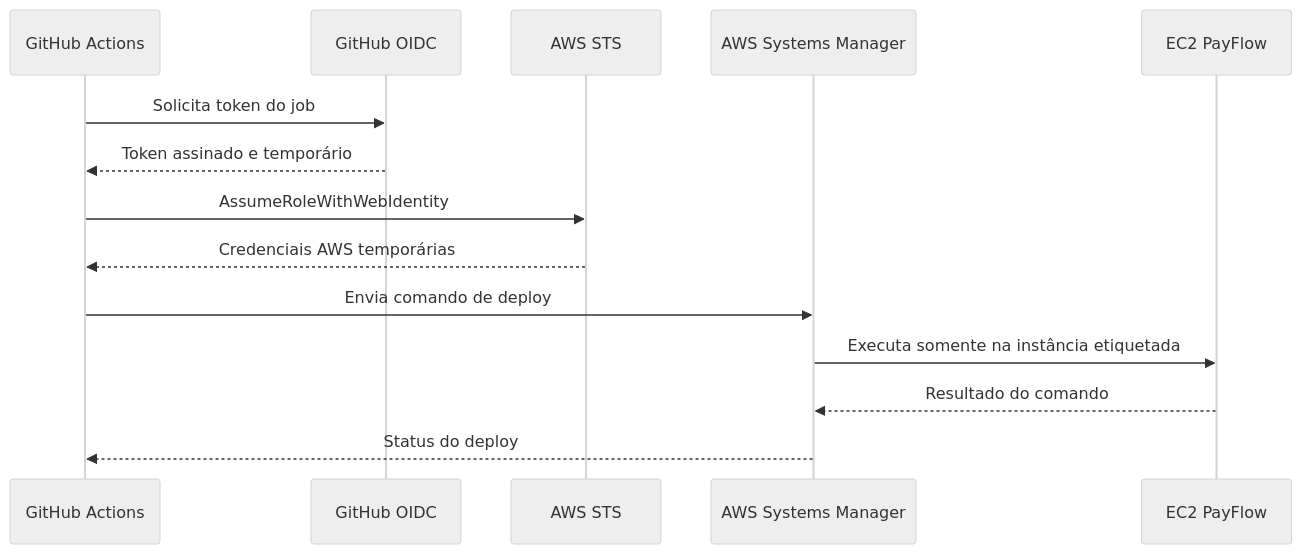
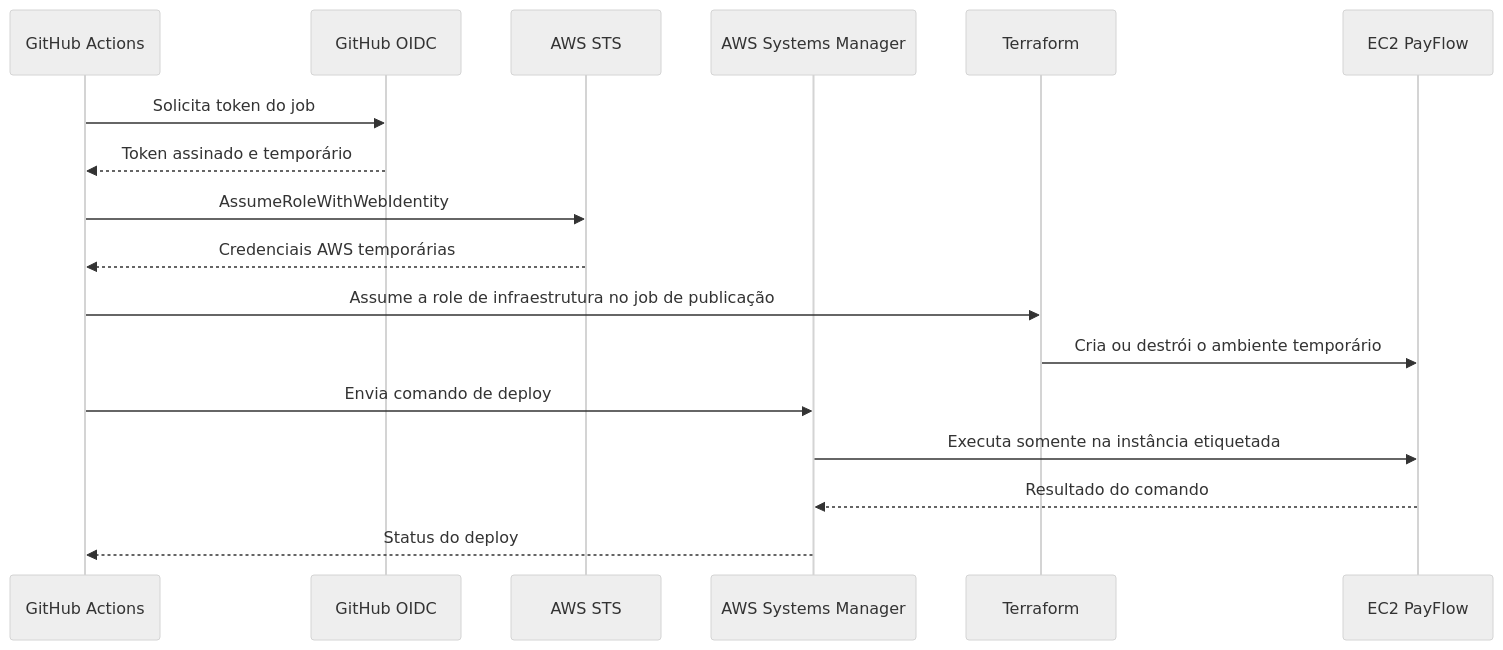
One commit to WilliamRochaJR/pay-flow changed the diagram in infra/bootstrap/identity/README.md. Above: the diagram before and after it, drawn with Mermaid (neutral theme). The commit also changed other lines of this file and 28 other files, not shown here.

````diff
--- a/infra/bootstrap/identity/README.md
+++ b/infra/bootstrap/identity/README.md
@@ -20,17 +21,20 @@
 ```mermaid
 sequenceDiagram
     participant GHA as GitHub Actions
     participant OIDC as GitHub OIDC
     participant STS as AWS STS
     participant SSM as AWS Systems Manager
+    participant TF as Terraform
     participant EC2 as EC2 PayFlow
 
     GHA->>OIDC: Solicita token do job
     OIDC-->>GHA: Token assinado e temporário
     GHA->>STS: AssumeRoleWithWebIdentity
     STS-->>GHA: Credenciais AWS temporárias
+    GHA->>TF: Assume a role de infraestrutura no job de publicação
+    TF->>EC2: Cria ou destrói o ambiente temporário
     GHA->>SSM: Envia comando de deploy
     SSM->>EC2: Executa somente na instância etiquetada
     EC2-->>SSM: Resultado do comando
     SSM-->>GHA: Status do deploy
 ```
````
